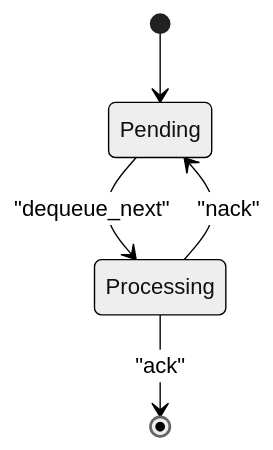
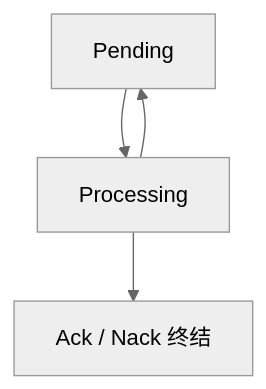
Before and after one commit to runningcoders/ai_orz: the fifth of 7 diagrams in docs/wiki/zh/content/数据模型/系统模型/定时任务和事件系统.md, drawn with Mermaid (neutral theme). The commit also changed other lines of this file and 37 other files, not shown here.

````diff
--- a/docs/wiki/zh/content/数据模型/系统模型/定时任务和事件系统.md
+++ b/docs/wiki/zh/content/数据模型/系统模型/定时任务和事件系统.md
@@ -235,7 +244,6 @@
 ```mermaid
-stateDiagram-v2
-[*] --> Pending
-Pending --> Processing : "dequeue_next"
-Processing --> Pending : "nack"
-Processing --> [*] : "ack"
+graph TB
+Pending["Pending"] --> Processing["Processing"]
+Processing --> Pending
+Processing --> End["Ack / Nack 终结"]
 ```
````
